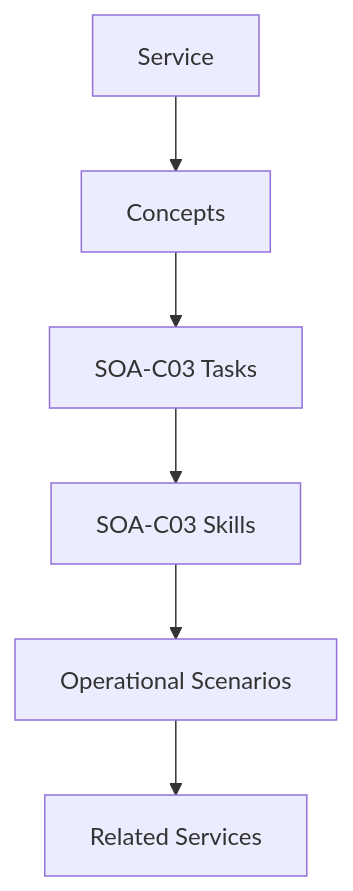
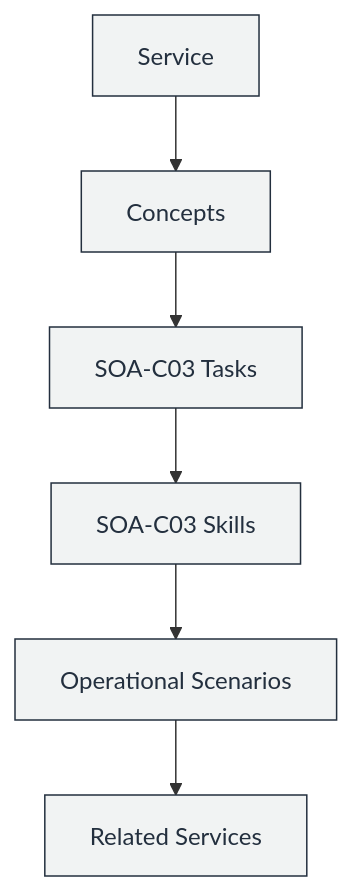
The fifth of 15 diagrams in AGENTS.md (GabrielAlmeidaFlores/AWS-CloudOps-Engineer-Associate-Doc), drawn with Mermaid before and after one commit. The commit also changed other lines of this file and 22 other files, not shown here.

First line of the commit message:
docs: AWS-styled Mermaid, IAM/VPC console screenshots, and AGENTS.md rules

````diff
--- a/AGENTS.md
+++ b/AGENTS.md
@@ -1485,4 +1495,6 @@
 ```mermaid
 flowchart TD
-    A[Service] --> B[Concepts] --> C["SOA-C03 Tasks"] --> D["SOA-C03 Skills"] --> E["Operational Scenarios"] --> F["Related Services"]
+    A["Service"] --> B["Concepts"] --> C["SOA-C03 Tasks"] --> D["SOA-C03 Skills"] --> E["Operational Scenarios"] --> F["Related Services"]
+    classDef step fill:#F1F3F3,stroke:#232F3E,color:#232F3E
+    class A,B,C,D,E,F step
 ```
````
